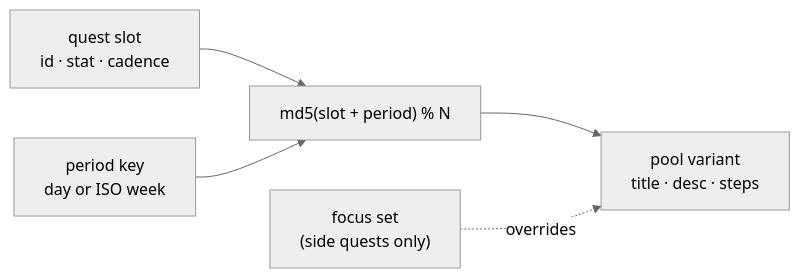
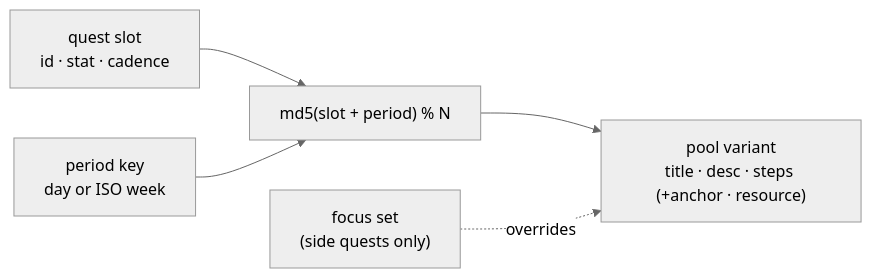
One commit to thatkidplongy/arise changed the first of 2 diagrams in DESIGN.md. Above: the diagram before and after it, drawn with Mermaid (neutral theme). The commit also changed other lines of this file and 1 other file, not shown here.

````diff
--- a/DESIGN.md
+++ b/DESIGN.md
@@ -52,7 +55,7 @@
 ```mermaid
 flowchart LR
   slot["quest slot<br/>id · stat · cadence"] --> pick["md5(slot + period) % N"]
   period["period key<br/>day or ISO week"] --> pick
-  pick --> variant["pool variant<br/>title · desc · steps"]
+  pick --> variant["pool variant<br/>title · desc · steps (+anchor · resource)"]
   focus["focus set<br/>(side quests only)"] -. overrides .-> variant
 ```
````
